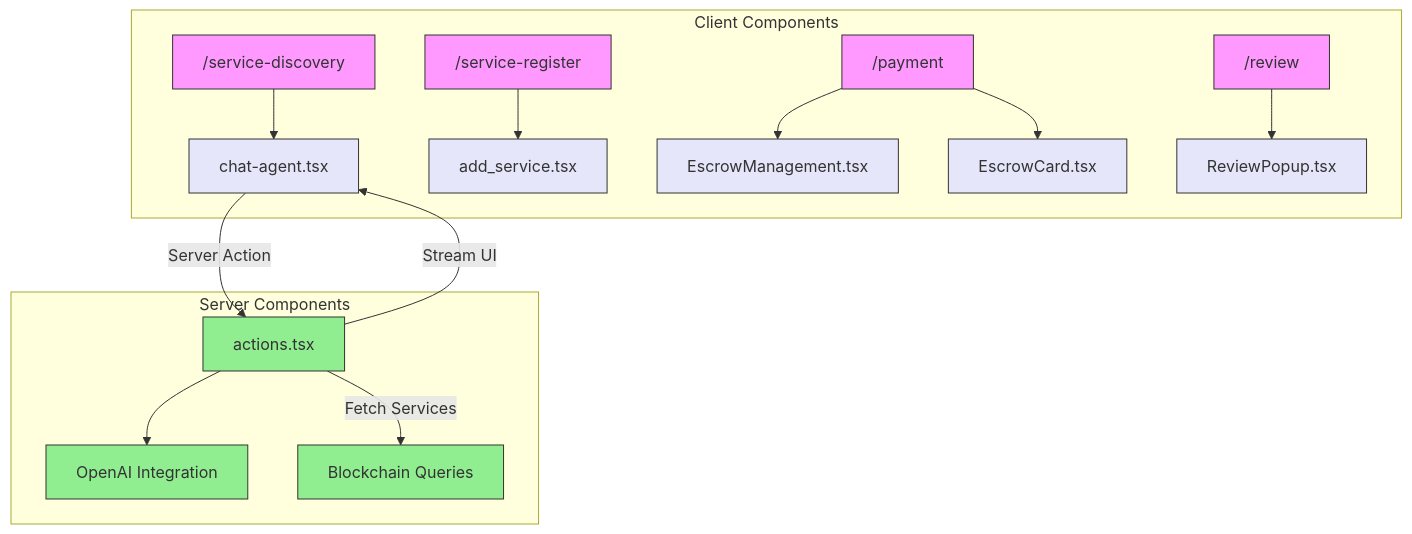
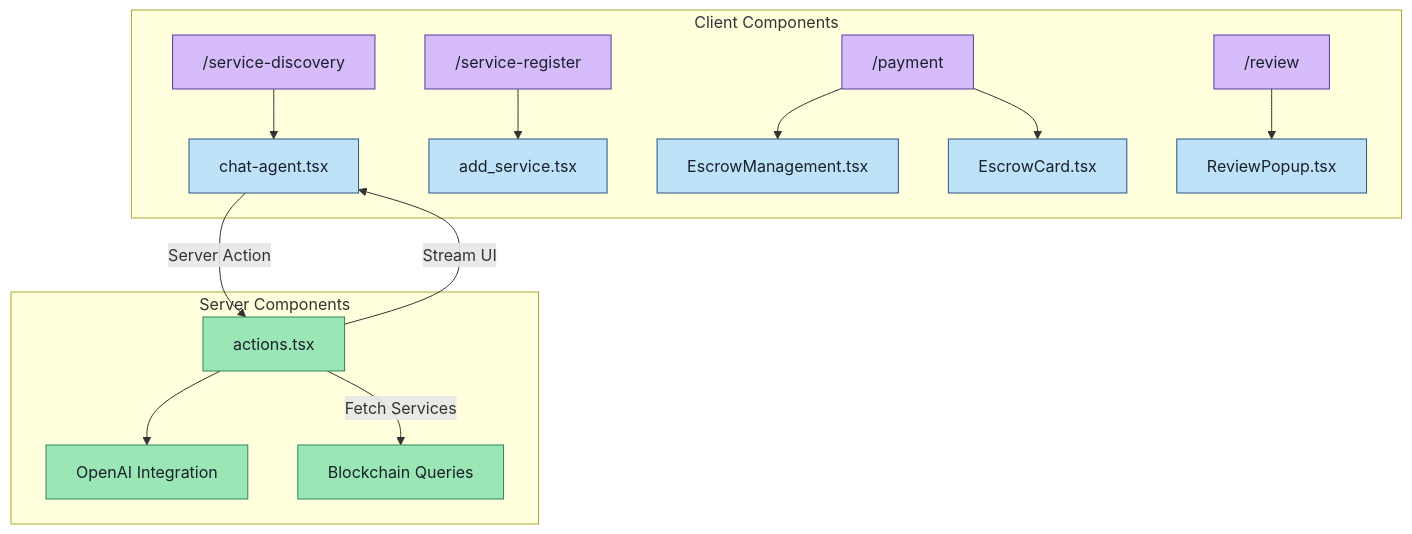
The third of 3 diagrams in README.md (Gigentic/gigentic-frontend), drawn with Mermaid before and after one commit. The commit also changed other lines of this file, not shown here.

Commit message:
Update mermaid colors

````diff
--- a/README.md
+++ b/README.md
@@ -193,26 +193,26 @@
 ```mermaid
 graph TD
     subgraph "Client Components"
         SD["/service-discovery"] --> ChatAgent["chat-agent.tsx"]
         SR["/service-register"] --> Add["add_service.tsx"]
         PM["/payment"] --> EM["EscrowManagement.tsx"]
         PM --> EC["EscrowCard.tsx"]
         RV["/review"] --> RP["ReviewPopup.tsx"]
     end
 
     subgraph "Server Components"
         Actions["actions.tsx"]
         Actions --> OpenAI["OpenAI Integration"]
         Actions -->|Fetch Services| BC["Blockchain Queries"]
     end
 
     ChatAgent -->|Server Action| Actions
     Actions -->|Stream UI| ChatAgent
 
-    classDef route fill:#f9f,stroke:#333
-    classDef client fill:#e6e6fa,stroke:#333
-    classDef server fill:#90EE90,stroke:#333
+    classDef route fill:#D6BCFA,stroke:#553C9A,color:#1A202C
+    classDef client fill:#BEE3F8,stroke:#2C5282,color:#1A202C
+    classDef server fill:#9AE6B4,stroke:#2F855A,color:#1A202C
     class Root,SD,SR,PM,RV route
     class ChatAgent,Add,EM,EC,RP client
     class Actions,OpenAI,BC server
 ```
````
